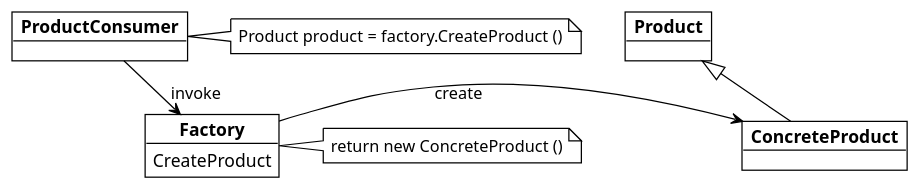
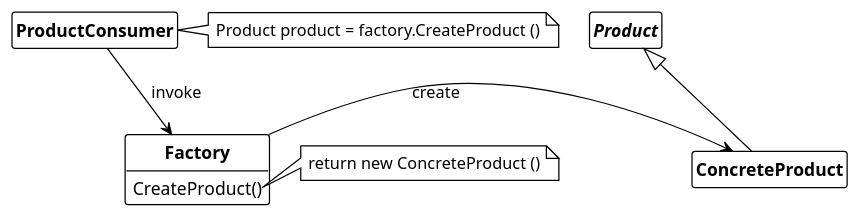
One commit to dst80/design-patterns changed the diagram in creational_patterns/factory/factory.md. Above: the diagram before and after it, drawn with PlantUML. The commit also changed 10 other files, not shown here.

````diff
--- a/creational_patterns/factory/factory.md
+++ b/creational_patterns/factory/factory.md
@@ -4,35 +4,43 @@
 ```plantuml
 @startuml factory
 !theme plain
+hide circle
+hide fields
+hide members
 
-skinparam nodesep 35
-skinparam ranksep 10
+skinparam nodesep 25
+skinparam ranksep 50
 together {
 together {
-    object "**ProductConsumer**" as ProductConsumer
-    object "**Factory**" as Factory {
-        CreateProduct
+    class "**ProductConsumer**" as ProductConsumer
+
+    class "**Factory**" as Factory {
+        CreateProduct()
     }
-    ProductConsumer --> Factory : invoke
+    show Factory members
+    hide Factory fields
+
+    ProductConsumer -d-> Factory : " invoke"
   
+
     note right of ProductConsumer
     Product product = factory.CreateProduct ()
     end note
 
-    note right of Factory
+    note right of Factory::CreateProduct
     return new ConcreteProduct ()
     end note
 }
 
 together {
-    object "**Product**" as Product
-    object "**ConcreteProduct**" as ConcreteProduct
-    Product <|--down ConcreteProduct
+    interface "**Product**" as Product
+    class "**ConcreteProduct**" as ConcreteProduct
+    Product <|--d ConcreteProduct
 }
 }
 
 Factory -l-> ConcreteProduct : create
 
 
 @enduml
 ```
````
